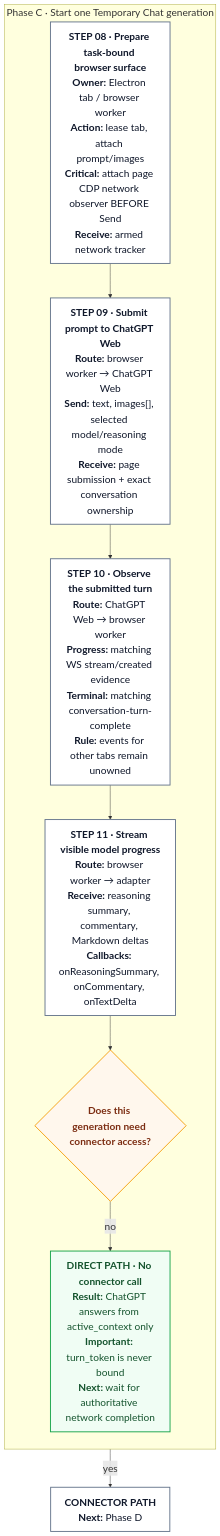
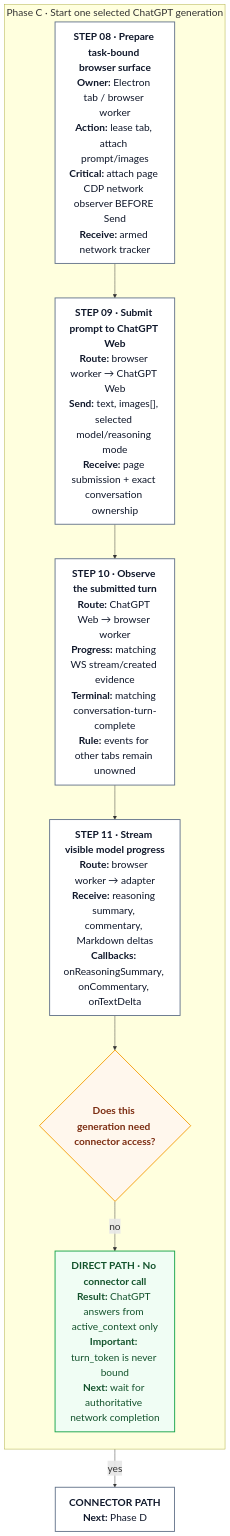
One commit to luongduy2798/lca-codex changed the third of 8 diagrams in docs/architecture.md. Above: the diagram before and after it, drawn with Mermaid. The commit also changed other lines of this file and 38 other files, not shown here.

````diff
--- a/docs/architecture.md
+++ b/docs/architecture.md
@@ -120,21 +123,21 @@
 ```mermaid
 %%{init: {"themeVariables": {"fontSize": "22px"}, "flowchart": {"htmlLabels": true, "useMaxWidth": false}}}%%
 flowchart TD
     classDef card fill:#ffffff,stroke:#64748b,stroke-width:2px,color:#0f172a,font-size:22px
     classDef decision fill:#fff7ed,stroke:#f59e0b,stroke-width:2px,color:#7c2d12,font-size:22px
     classDef success fill:#f0fdf4,stroke:#16a34a,stroke-width:2px,color:#14532d,font-size:22px
 
-    subgraph PC["Phase C · Start one Temporary Chat generation"]
+    subgraph PC["Phase C · Start one selected ChatGPT generation"]
         direction TB
         S08["<b>STEP 08 · Prepare task-bound browser surface</b><br/><b>Owner:</b> Electron tab / browser worker<br/><b>Action:</b> lease tab, attach prompt/images<br/><b>Critical:</b> attach page CDP network observer BEFORE Send<br/><b>Receive:</b> armed network tracker"]:::card
         S09["<b>STEP 09 · Submit prompt to ChatGPT Web</b><br/><b>Route:</b> browser worker → ChatGPT Web<br/><b>Send:</b> text, images[], selected model/reasoning mode<br/><b>Receive:</b> page submission + exact conversation ownership"]:::card
         S10["<b>STEP 10 · Observe the submitted turn</b><br/><b>Route:</b> ChatGPT Web → browser worker<br/><b>Progress:</b> matching WS stream/created evidence<br/><b>Terminal:</b> matching conversation-turn-complete<br/><b>Rule:</b> events for other tabs remain unowned"]:::card
         S11["<b>STEP 11 · Stream visible model progress</b><br/><b>Route:</b> browser worker → adapter<br/><b>Receive:</b> reasoning summary, commentary, Markdown deltas<br/><b>Callbacks:</b> onReasoningSummary, onCommentary, onTextDelta"]:::card
         Q11{"<b>Does this generation need connector access?</b>"}:::decision
         D11["<b>DIRECT PATH · No connector call</b><br/><b>Result:</b> ChatGPT answers from active_context only<br/><b>Important:</b> turn_token is never bound<br/><b>Next:</b> wait for authoritative network completion"]:::success
     end
 
     S08 --> S09 --> S10 --> S11 --> Q11
     Q11 -- "no" --> D11
     Q11 -- "yes" --> C11["<b>CONNECTOR PATH</b><br/><b>Next:</b> Phase D"]:::card
 ```
````
